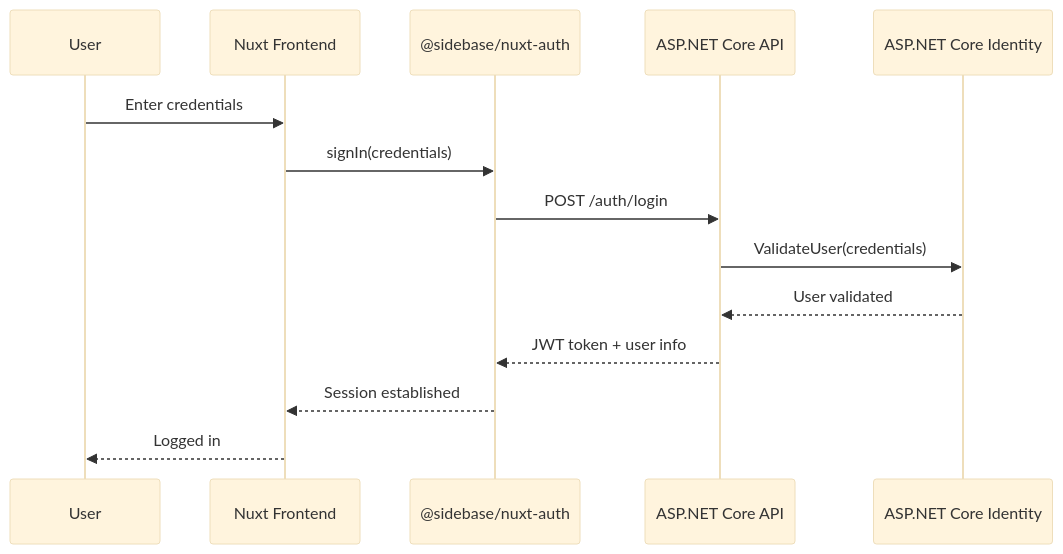
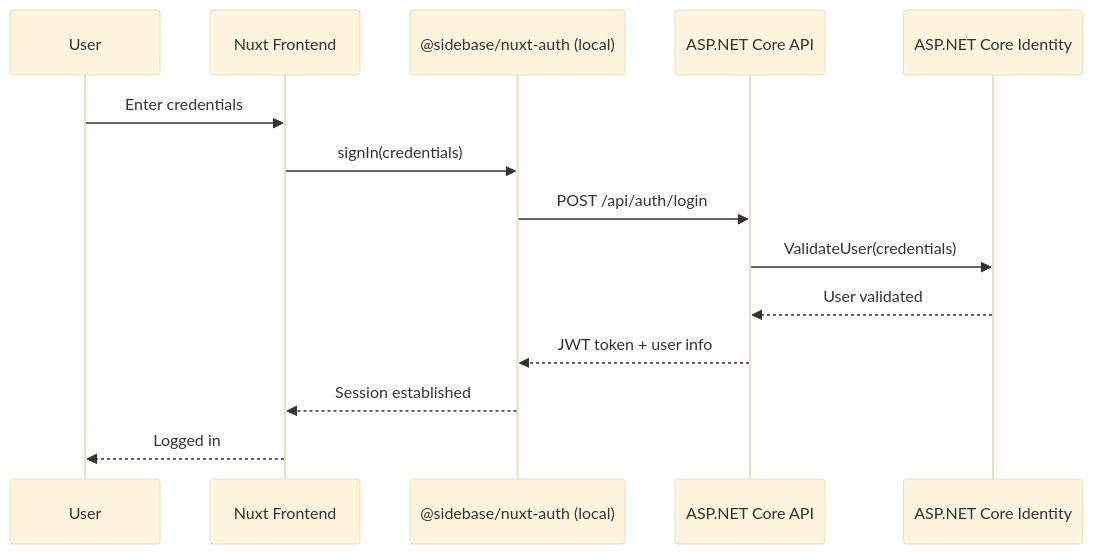
Before and after one commit to jcoliz/YoFi.V3: the diagram in docs/IDENTITY-DESIGN.md, drawn with Mermaid (base theme). The commit also changed other lines of this file, not shown here.

````diff
--- a/docs/IDENTITY-DESIGN.md
+++ b/docs/IDENTITY-DESIGN.md
@@ -18,17 +18,17 @@
 ```mermaid
 sequenceDiagram
     participant User
     participant Nuxt as Nuxt Frontend
-    participant Auth as @sidebase/nuxt-auth
+    participant Auth as @sidebase/nuxt-auth (local)
     participant API as ASP.NET Core API
     participant Identity as ASP.NET Core Identity
 
     User->>Nuxt: Enter credentials
     Nuxt->>Auth: signIn(credentials)
-    Auth->>API: POST /auth/login
+    Auth->>API: POST /api/auth/login
     API->>Identity: ValidateUser(credentials)
     Identity-->>API: User validated
     API-->>Auth: JWT token + user info
     Auth-->>Nuxt: Session established
     Nuxt-->>User: Logged in
 ```
````
